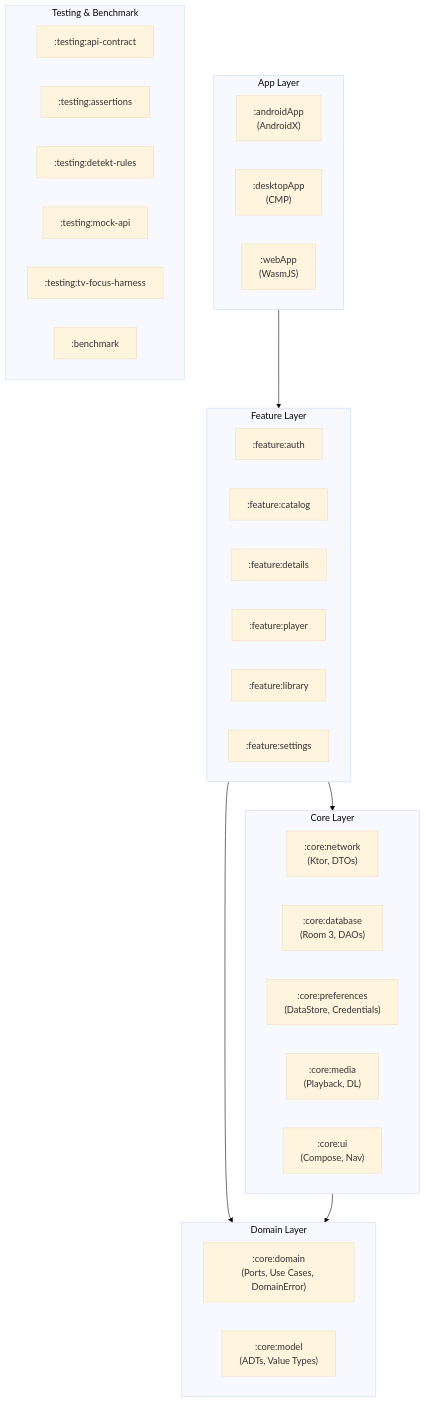
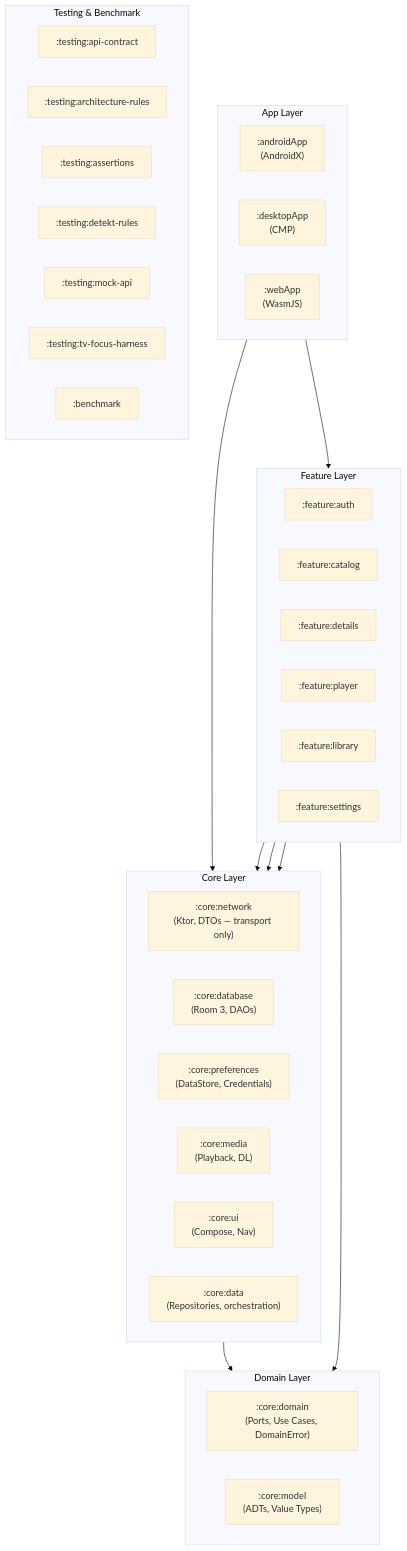
One commit to knirski/subsloth changed the diagram in README.md. Above: the diagram before and after it, drawn with Mermaid (base theme). The commit also changed other lines of this file and 7 other files, not shown here.

First line of the commit message:
docs: sync architecture docs with enforce-architecture-boundaries (#220)

````diff
--- a/README.md
+++ b/README.md
@@ -97,45 +98,50 @@
 ```mermaid
 flowchart TB
     subgraph Apps["App Layer"]
         direction LR
         A1[":androidApp<br/>(AndroidX)"]
         A2[":desktopApp<br/>(CMP)"]
         A3[":webApp<br/>(WasmJS)"]
     end
     subgraph Feat["Feature Layer"]
         direction LR
         F1[":feature:auth"]
         F2[":feature:catalog"]
         F3[":feature:details"]
         F4[":feature:player"]
         F5[":feature:library"]
         F6[":feature:settings"]
     end
     subgraph Core["Core Layer"]
         direction LR
-        C1[":core:network<br/>(Ktor, DTOs)"]
+        C1[":core:network<br/>(Ktor, DTOs — transport only)"]
         C2[":core:database<br/>(Room 3, DAOs)"]
         C3[":core:preferences<br/>(DataStore, Credentials)"]
         C4[":core:media<br/>(Playback, DL)"]
         C5[":core:ui<br/>(Compose, Nav)"]
+        C6[":core:data<br/>(Repositories, orchestration)"]
     end
     subgraph Domain["Domain Layer"]
         direction LR
         D1[":core:domain<br/>(Ports, Use Cases, DomainError)"]
         D2[":core:model<br/>(ADTs, Value Types)"]
     end
     subgraph Test["Testing & Benchmark"]
         direction LR
         T1[":testing:api-contract"]
-        T2[":testing:assertions"]
-        T3[":testing:detekt-rules"]
-        T4[":testing:mock-api"]
-        T5[":testing:tv-focus-harness"]
+        T2[":testing:architecture-rules"]
+        T3[":testing:assertions"]
+        T4[":testing:detekt-rules"]
+        T5[":testing:mock-api"]
+        T6[":testing:tv-focus-harness"]
         BM[":benchmark"]
     end
 
     Apps --> Feat
-    Feat --> Core
+    Apps --> Core
     Feat --> Domain
+    F1 --> C5
+    F3 --> C5
+    F4 --> C4
     Core --> Domain
 ```
````
